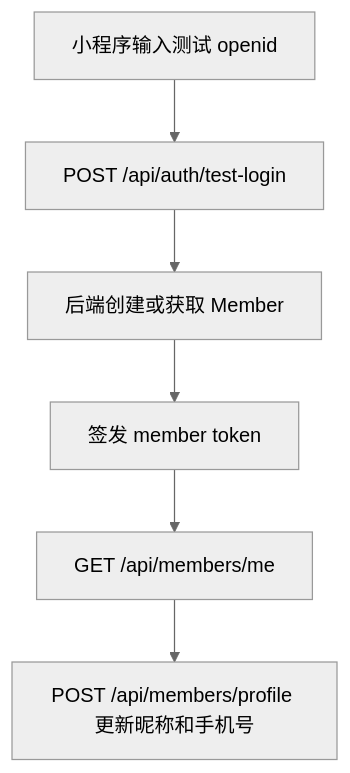
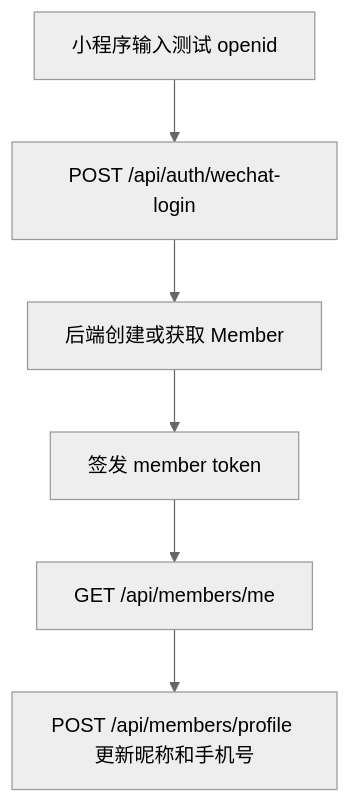
The first of 6 diagrams in docs/API接口文档.md (zzbazzzbaz/street-service-platform), drawn with Mermaid (neutral theme) before and after one commit. The commit also changed other lines of this file and 4 other files, not shown here.

````diff
--- a/docs/API接口文档.md
+++ b/docs/API接口文档.md
@@ -699,8 +700,8 @@
 ```mermaid
 flowchart TD
-    A[小程序输入测试 openid] --> B[POST /api/auth/test-login]
+    A[小程序输入测试 openid] --> B[POST /api/auth/wechat-login]
     B --> C[后端创建或获取 Member]
     C --> D[签发 member token]
     D --> E[GET /api/members/me]
     E --> F[POST /api/members/profile 更新昵称和手机号]
 ```
````
